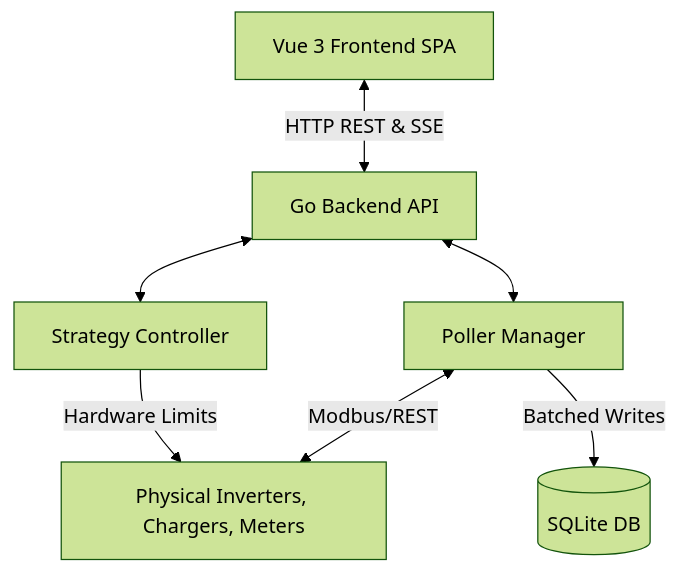
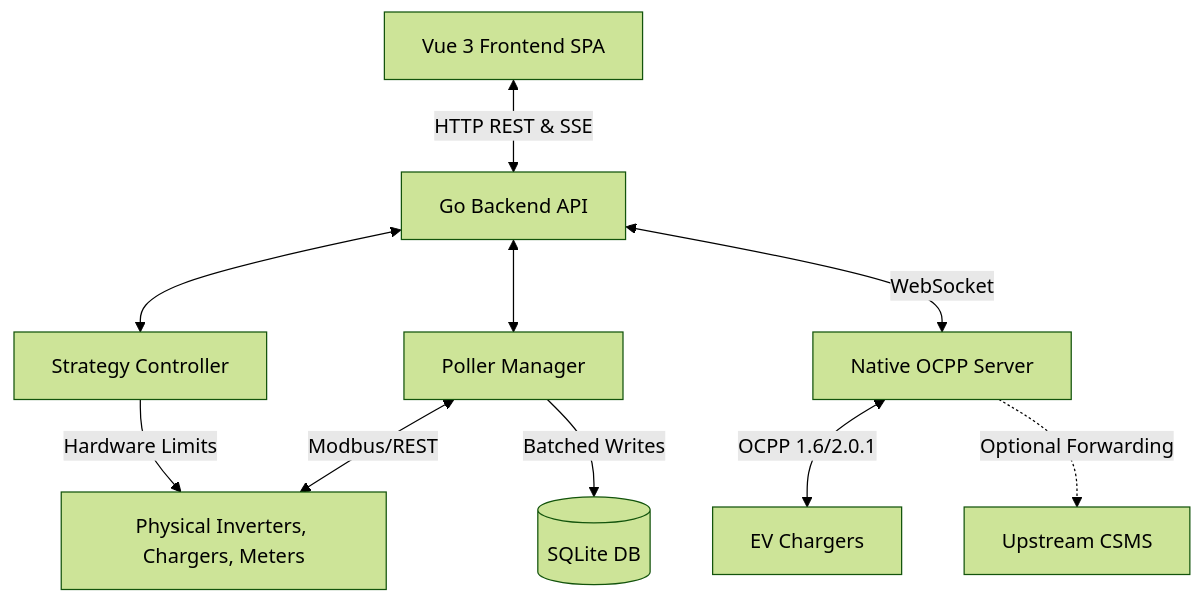
The diagram in docs/architecture.md (webdotpulse/NEMS), drawn with Mermaid (forest theme) before and after one commit. The commit also changed other lines of this file and 2 other files, not shown here.

````diff
--- a/docs/architecture.md
+++ b/docs/architecture.md
@@ -11,9 +11,12 @@
 ```mermaid
 graph TD
     UI[Vue 3 Frontend SPA] <-->|HTTP REST & SSE| API[Go Backend API]
     API <--> PM[Poller Manager]
     PM <-->|Modbus/REST| Devices[Physical Inverters, Chargers, Meters]
     PM -->|Batched Writes| DB[(SQLite DB)]
     API <--> SC[Strategy Controller]
     SC -->|Hardware Limits| Devices
+    API <-->|WebSocket| OCPP[Native OCPP Server]
+    OCPP <-->|OCPP 1.6/2.0.1| EVCharger[EV Chargers]
+    OCPP -.->|Optional Forwarding| CSMS[Upstream CSMS]
 ```
````
